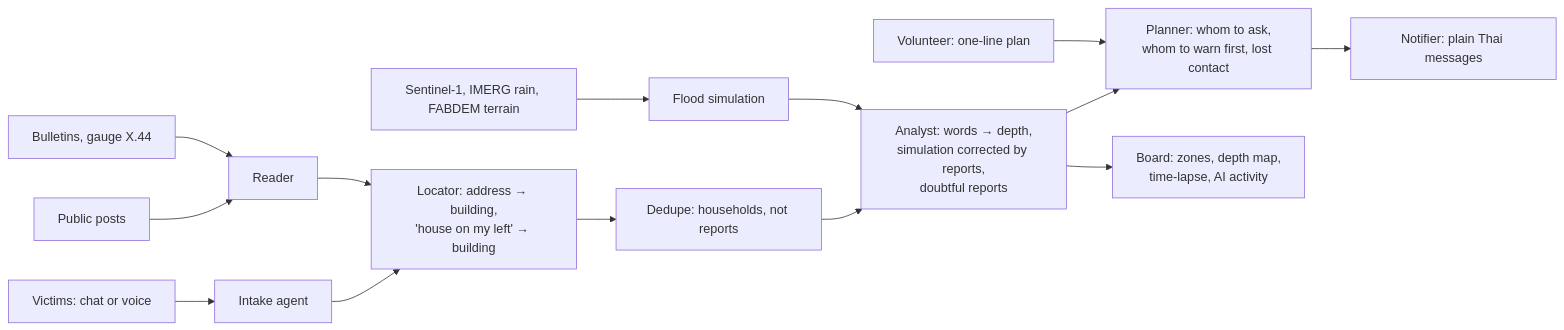
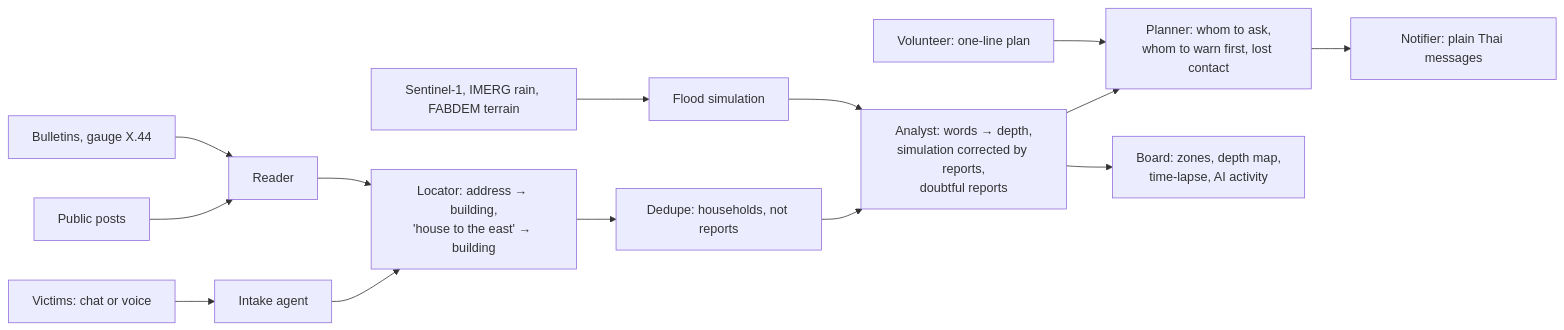
One commit to Supphaset/ReachPoint changed the diagram in README.md. Above: the diagram before and after it, drawn with Mermaid. The commit also changed other lines of this file and 13 other files, not shown here.

````diff
--- a/README.md
+++ b/README.md
@@ -37,16 +38,16 @@
 ```mermaid
 flowchart LR
   V["Victims: chat or voice"] --> I["Intake agent"]
   P["Public posts"] --> RD["Reader"]
   B["Bulletins, gauge X.44"] --> RD
   S["Sentinel-1, IMERG rain, FABDEM terrain"] --> SIM["Flood simulation"]
-  I --> L["Locator: address → building,<br/>'house on my left' → building"]
+  I --> L["Locator: address → building,<br/>'house to the east' → building"]
   RD --> L
   L --> D["Dedupe: households, not reports"]
   D --> A["Analyst: words → depth,<br/>simulation corrected by reports,<br/>doubtful reports"]
   SIM --> A
   A --> PL["Planner: whom to ask,<br/>whom to warn first, lost contact"]
   PL --> N["Notifier: plain Thai messages"]
   VP["Volunteer: one-line plan"] --> PL
   A --> BD["Board: zones, depth map,<br/>time-lapse, AI activity"]
 ```
````
